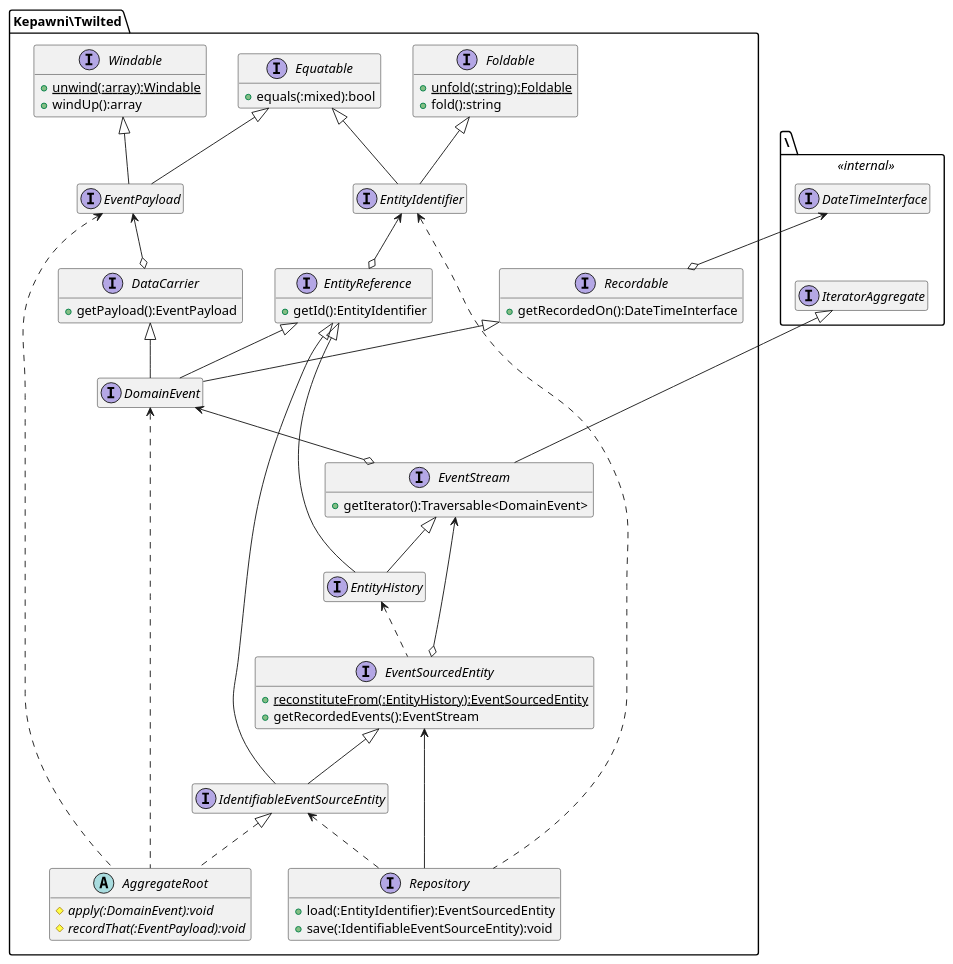
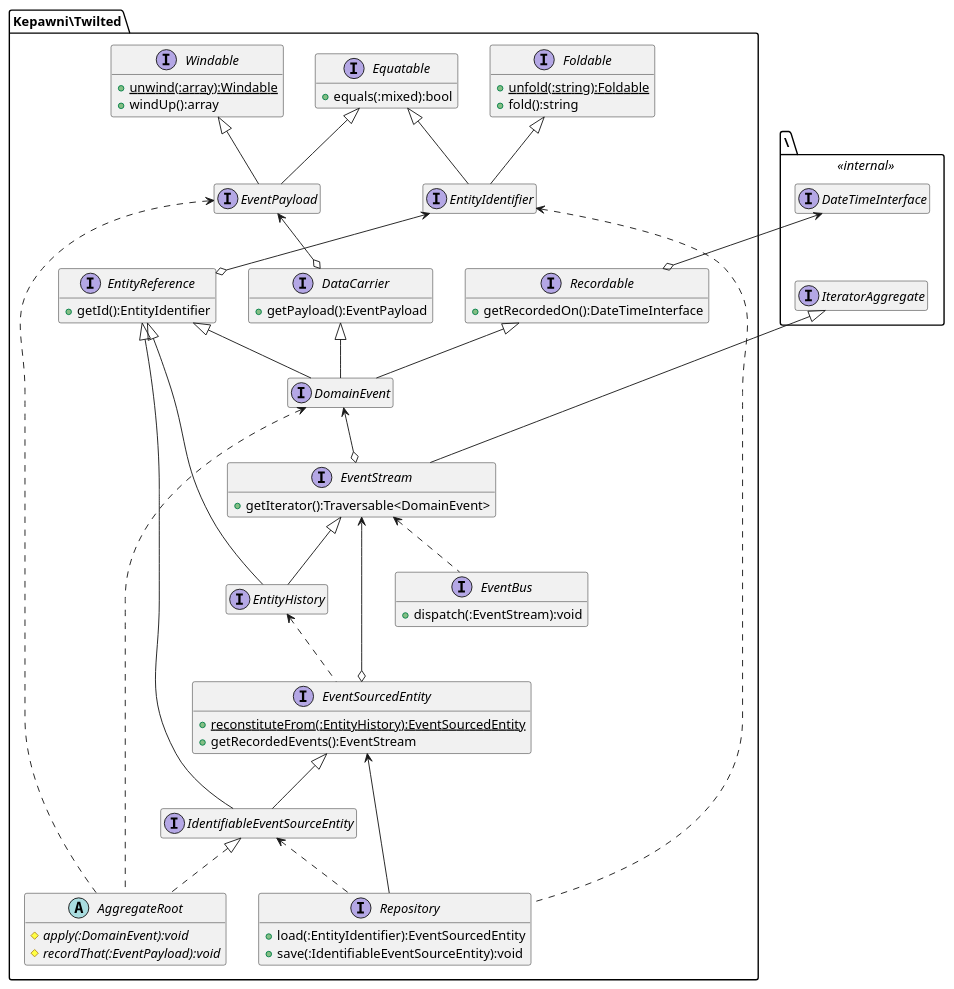
One commit to kepawni/twilted changed the diagram in doc/structure.puml. Above: the diagram before and after it, drawn with PlantUML. The commit also changed 1 other file, not shown here.

Commit message:
Add EventBus

```diff
--- a/doc/structure.puml
+++ b/doc/structure.puml
@@ -1,76 +1,80 @@
 @startuml
 hide empty members
 package \ <<internal>> {
     interface IteratorAggregate
     interface DateTimeInterface
 }
 package Kepawni\Twilted {
     abstract AggregateRoot {
         {abstract} #apply(:DomainEvent):void
         {abstract} #recordThat(:EventPayload):void
     }
     interface DataCarrier {
         +getPayload():EventPayload
     }
     interface DomainEvent
     interface EntityHistory
     interface EntityIdentifier
     interface EntityReference {
         +getId():EntityIdentifier
     }
     interface Equatable {
         +equals(:mixed):bool
+    }
+    interface EventBus {
+        +dispatch(:EventStream):void
     }
     interface EventPayload
     interface EventSourcedEntity {
         {static} +reconstituteFrom(:EntityHistory):EventSourcedEntity
         +getRecordedEvents():EventStream
     }
     interface EventStream {
         +getIterator():Traversable<DomainEvent>
     }
     interface Foldable {
         {static} +unfold(:string):Foldable
         +fold():string
     }
     interface IdentifiableEventSourceEntity
     interface Recordable {
         +getRecordedOn():DateTimeInterface
     }
     interface Repository {
         +load(:EntityIdentifier):EventSourcedEntity
         +save(:IdentifiableEventSourceEntity):void
     }
     interface Windable {
         {static} +unwind(:array):Windable
         +windUp():array
     }
     IdentifiableEventSourceEntity ^.. AggregateRoot
     DataCarrier ^-- DomainEvent
     EntityReference ^-- DomainEvent
     Recordable ^-- DomainEvent
     EntityReference ^-- EntityHistory
     EventStream ^-- EntityHistory
     Equatable ^-- EntityIdentifier
     Foldable ^-- EntityIdentifier
     Equatable ^-- EventPayload
     Windable ^-- EventPayload
     IteratorAggregate ^-- EventStream
     EntityReference ^-- IdentifiableEventSourceEntity
     EventSourcedEntity ^-- IdentifiableEventSourceEntity
 
     EventPayload <--o DataCarrier
     EntityIdentifier <--o EntityReference
     EventStream <--o EventSourcedEntity
     DomainEvent <--o EventStream
     DateTimeInterface <--o Recordable
     EventSourcedEntity <-- Repository
     DomainEvent <.. AggregateRoot
     EventPayload <.. AggregateRoot
+    EventStream <.. EventBus
     EntityHistory <.. EventSourcedEntity
     EntityIdentifier <.. Repository
     IdentifiableEventSourceEntity <.. Repository
 
     DateTimeInterface -[hidden]- IteratorAggregate
 }
 @enduml
```
